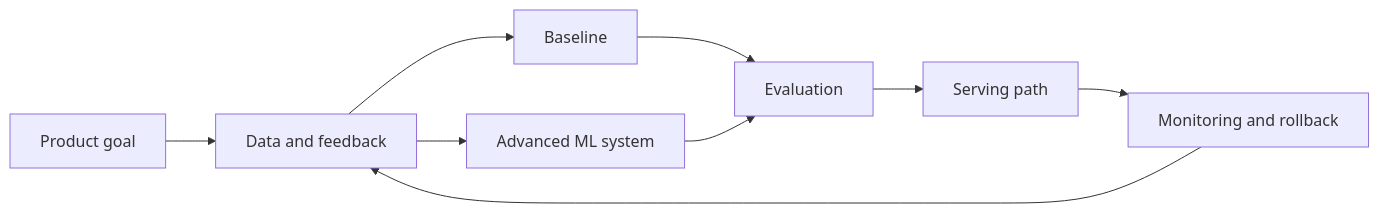
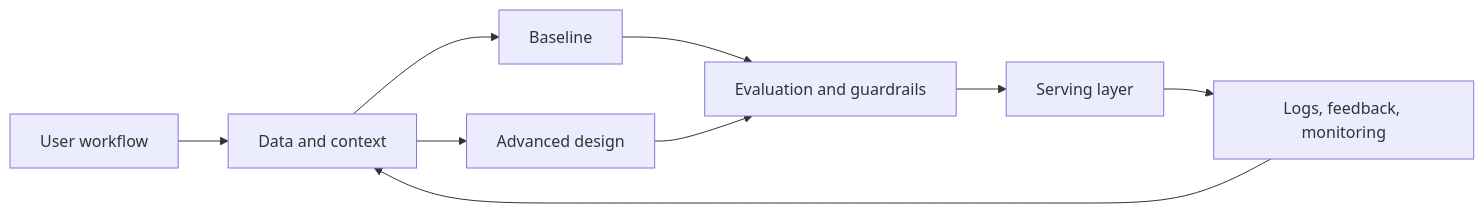
Before and after one commit to Icon1cc/Machine-Learning: the diagram in machine-learning-system-design/01-design-a-recommendation-system.md, drawn with Mermaid. The commit also changed other lines of this file and 231 other files, not shown here.

````diff
--- a/machine-learning-system-design/01-design-a-recommendation-system.md
+++ b/machine-learning-system-design/01-design-a-recommendation-system.md
@@ -87,11 +144,11 @@
 ```mermaid
 flowchart LR
-    A[Product goal] --> B[Data and feedback]
+    A[User workflow] --> B[Data and context]
     B --> C[Baseline]
-    B --> D[Advanced ML system]
-    C --> E[Evaluation]
+    B --> D[Advanced design]
+    C --> E[Evaluation and guardrails]
     D --> E
-    E --> F[Serving path]
-    F --> G[Monitoring and rollback]
+    E --> F[Serving layer]
+    F --> G[Logs, feedback, monitoring]
     G --> B
 ```
````
